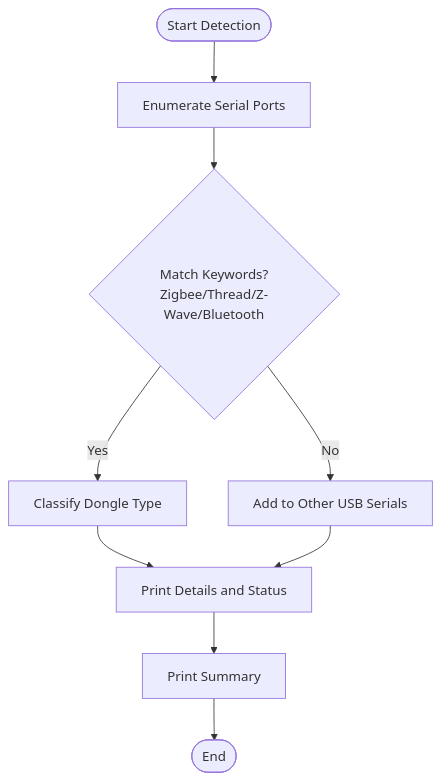
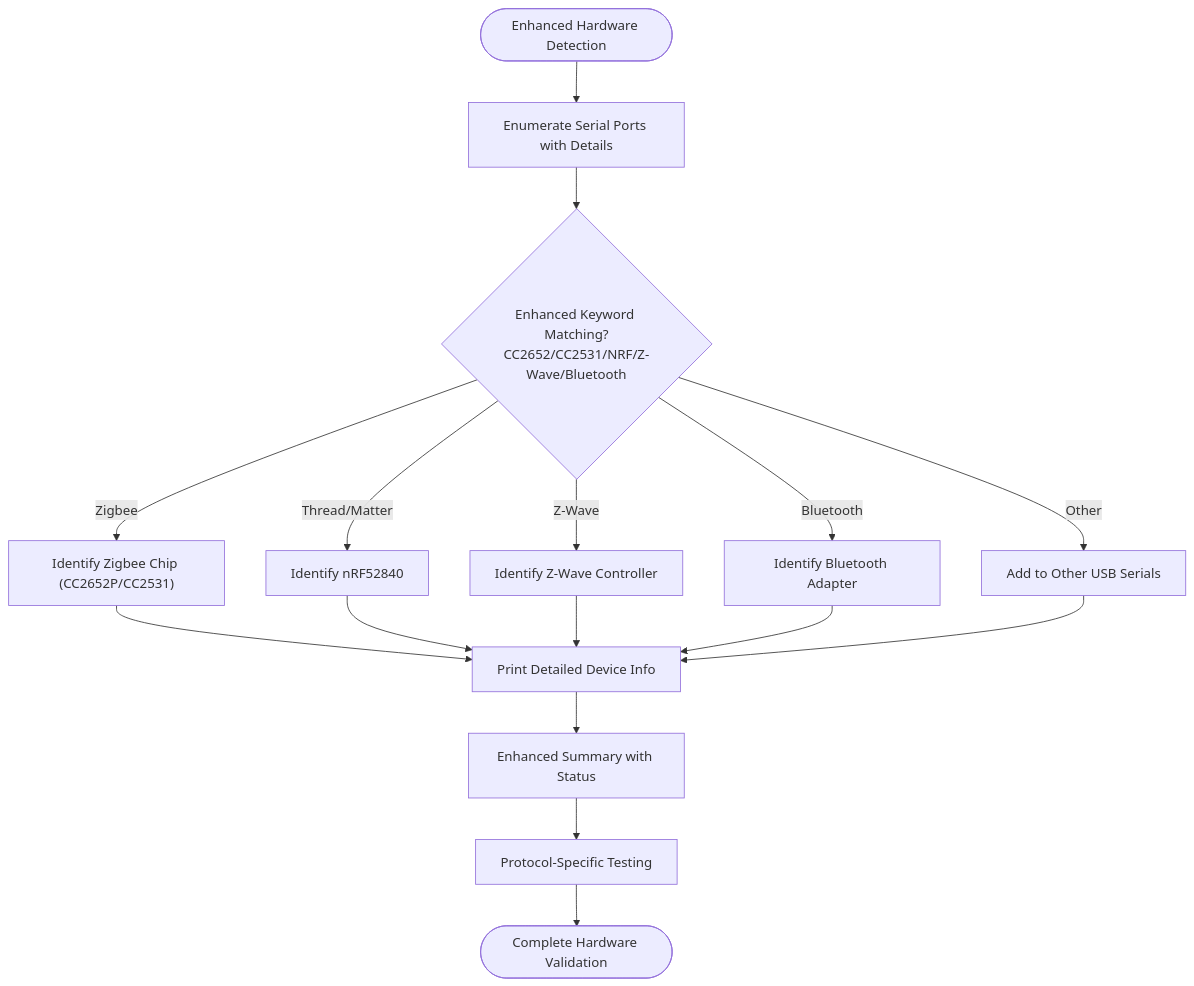
One commit to MohandWaleed3/PentexOne changed the fourth of 8 diagrams in .qoder/repowiki/en/content/Hardware Integration/Hardware Integration.md. Above: the diagram before and after it, drawn with Mermaid. The commit also changed other lines of this file and 16 other files, not shown here.

````diff
--- a/.qoder/repowiki/en/content/Hardware Integration/Hardware Integration.md
+++ b/.qoder/repowiki/en/content/Hardware Integration/Hardware Integration.md
@@ -197,11 +239,18 @@
 ```mermaid
 flowchart TD
-Start(["Start Detection"]) --> Enum["Enumerate Serial Ports"]
-Enum --> Match{"Match Keywords?<br/>Zigbee/Thread/Z-Wave/Bluetooth"}
-Match --> |Yes| Classify["Classify Dongle Type"]
-Match --> |No| Other["Add to Other USB Serials"]
-Classify --> Print["Print Details and Status"]
+Start(["Enhanced Hardware Detection"]) --> Enum["Enumerate Serial Ports with Details"]
+Enum --> Match{"Enhanced Keyword Matching?<br/>CC2652/CC2531/NRF/Z-Wave/Bluetooth"}
+Match --> |Zigbee| Zigbee["Identify Zigbee Chip (CC2652P/CC2531)"]
+Match --> |Thread/Matter| Thread["Identify nRF52840"]
+Match --> |Z-Wave| ZWave["Identify Z-Wave Controller"]
+Match --> |Bluetooth| BT["Identify Bluetooth Adapter"]
+Match --> |Other| Other["Add to Other USB Serials"]
+Zigbee --> Print["Print Detailed Device Info"]
+Thread --> Print
+ZWave --> Print
+BT --> Print
 Other --> Print
-Print --> Summary["Print Summary"]
-Summary --> End(["End"])
+Print --> Summary["Enhanced Summary with Status"]
+Summary --> Test["Protocol-Specific Testing"]
+Test --> End(["Complete Hardware Validation"])
 ```
````
